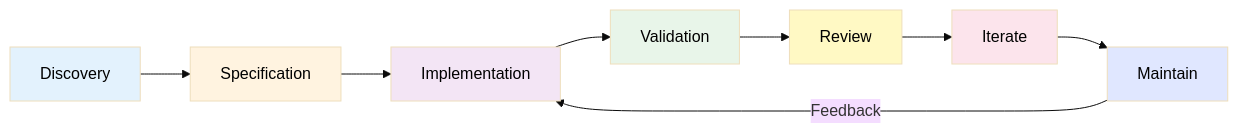
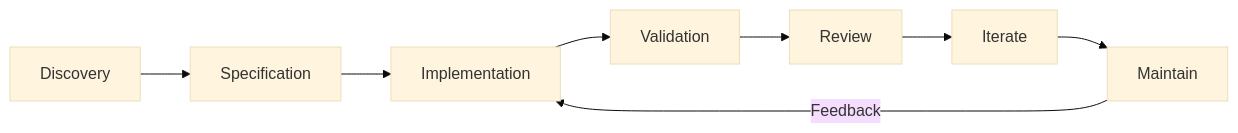
The fourth of 5 diagrams in docs/explanation/specifications/three-layer-approach.md (ready-to-release/eac), drawn with Mermaid (base theme) before and after one commit. The commit also changed other lines of this file and 28 other files, not shown here.

````diff
--- a/docs/explanation/specifications/three-layer-approach.md
+++ b/docs/explanation/specifications/three-layer-approach.md
@@ -255,16 +238,9 @@
 ```mermaid
 flowchart LR
     Discovery --> Specification --> Implementation --> Validation
     Validation --> Review
     Review --> Iterate
     Iterate --> Maintain
     Maintain -->|Feedback| Implementation
 
-    style Discovery fill:#e3f2fd,color:#000
-    style Specification fill:#fff3e0,color:#000
-    style Implementation fill:#f3e5f5,color:#000
-    style Validation fill:#e8f5e9,color:#000
-    style Review fill:#fff9c4,color:#000
-    style Iterate fill:#fce4ec,color:#000
-    style Maintain fill:#e0e7ff,color:#000
 ```
````
